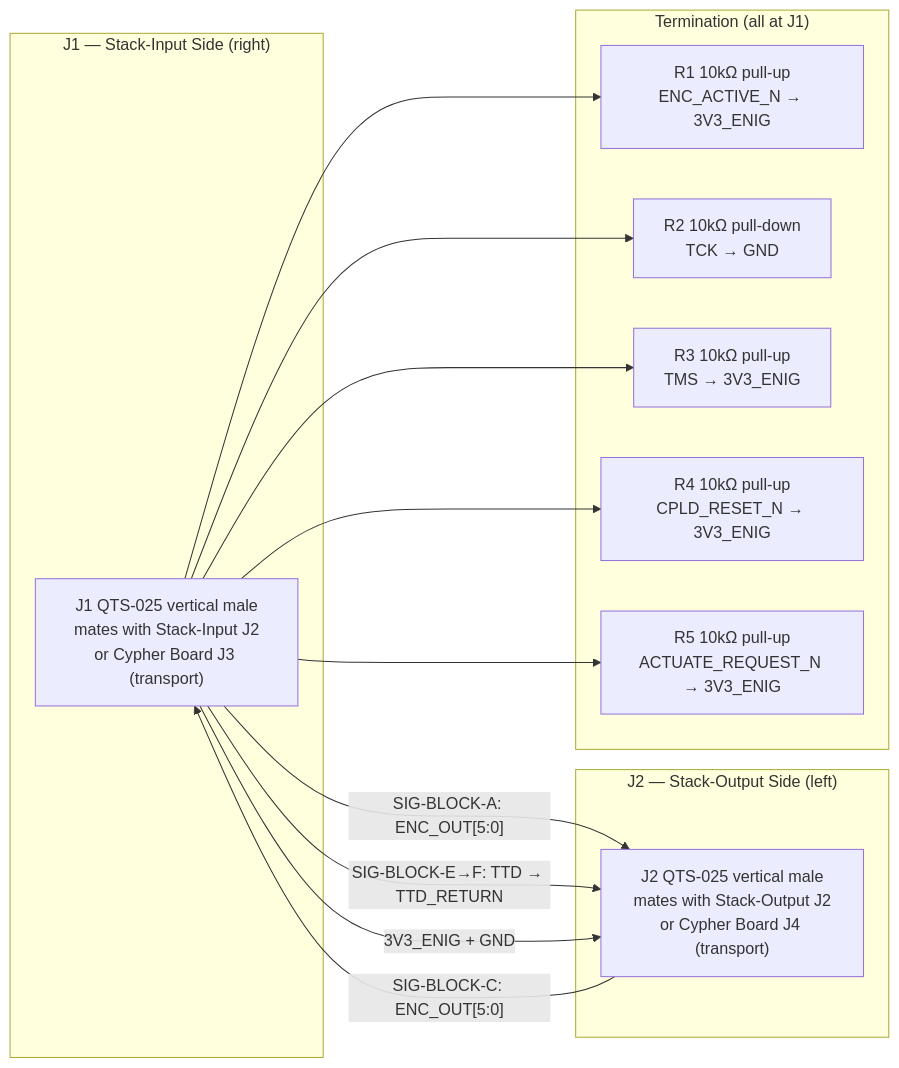
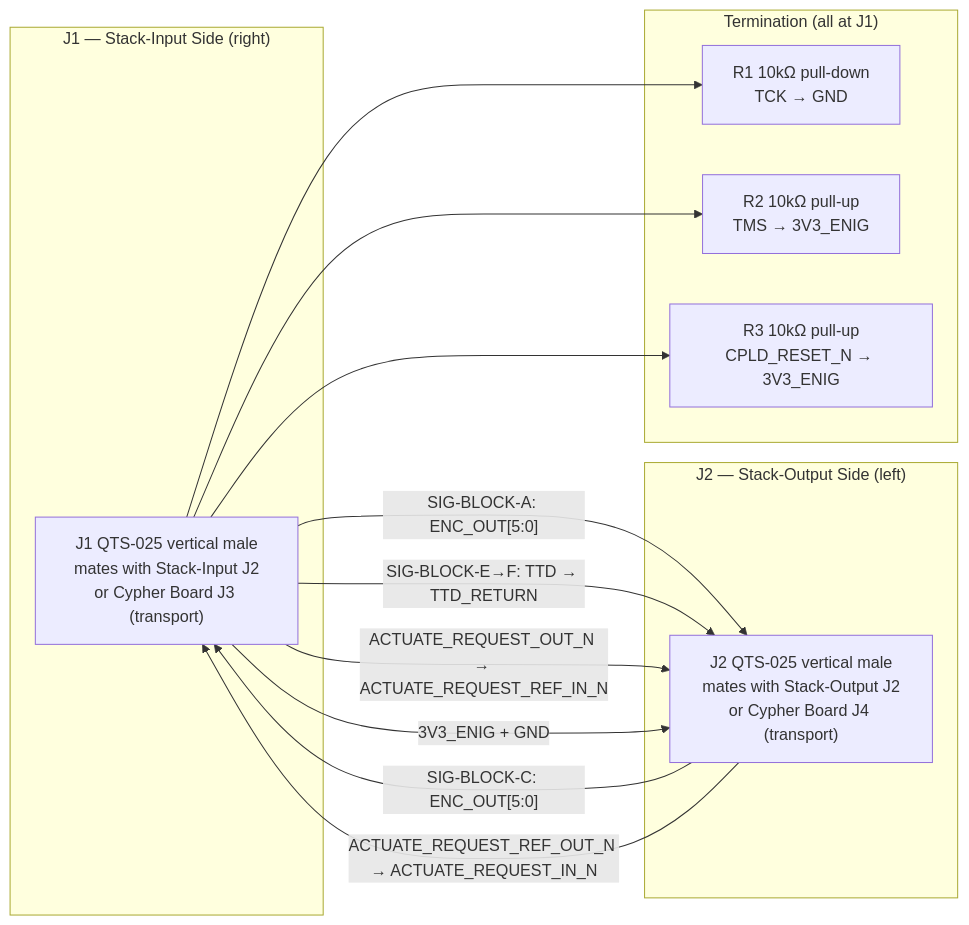
Before and after one commit to thepinkmile/Enigma-NG: the diagram in design/Electronics/Stack-Blanking/Design_Spec.md, drawn with Mermaid. The commit also changed other lines of this file and 31 other files, not shown here.

First line of the commit message:
Finalize Cypher J3/J4 pinouts and ACTUATE_REQUEST signal routing

````diff
--- a/design/Electronics/Stack-Blanking/Design_Spec.md
+++ b/design/Electronics/Stack-Blanking/Design_Spec.md
@@ -59,28 +59,26 @@
 ```mermaid
 flowchart LR
   subgraph J1side["J1 — Stack-Input Side (right)"]
     J1["J1 QTS-025 vertical male\nmates with Stack-Input J2\nor Cypher Board J3 (transport)"]
   end
 
   subgraph J2side["J2 — Stack-Output Side (left)"]
     J2["J2 QTS-025 vertical male\nmates with Stack-Output J2\nor Cypher Board J4 (transport)"]
   end
 
   subgraph term["Termination (all at J1)"]
-    R1["R1 10kΩ pull-up\nENC_ACTIVE_N → 3V3_ENIG"]
-    R2["R2 10kΩ pull-down\nTCK → GND"]
-    R3["R3 10kΩ pull-up\nTMS → 3V3_ENIG"]
-    R4["R4 10kΩ pull-up\nCPLD_RESET_N → 3V3_ENIG"]
-    R5["R5 10kΩ pull-up\nACTUATE_REQUEST_N → 3V3_ENIG"]
+    R1["R1 10kΩ pull-down\nTCK → GND"]
+    R2["R2 10kΩ pull-up\nTMS → 3V3_ENIG"]
+    R3["R3 10kΩ pull-up\nCPLD_RESET_N → 3V3_ENIG"]
   end
 
   J1 -- "SIG-BLOCK-A: ENC_OUT[5:0]" --> J2
   J2 -- "SIG-BLOCK-C: ENC_OUT[5:0]" --> J1
   J1 -- "SIG-BLOCK-E→F: TTD → TTD_RETURN" --> J2
+  J1 -- "ACTUATE_REQUEST_OUT_N → ACTUATE_REQUEST_REF_IN_N" --> J2
+  J2 -- "ACTUATE_REQUEST_REF_OUT_N → ACTUATE_REQUEST_IN_N" --> J1
   J1 -- "3V3_ENIG + GND" --> J2
   J1 --> R1
   J1 --> R2
   J1 --> R3
-  J1 --> R4
-  J1 --> R5
 ```
````
